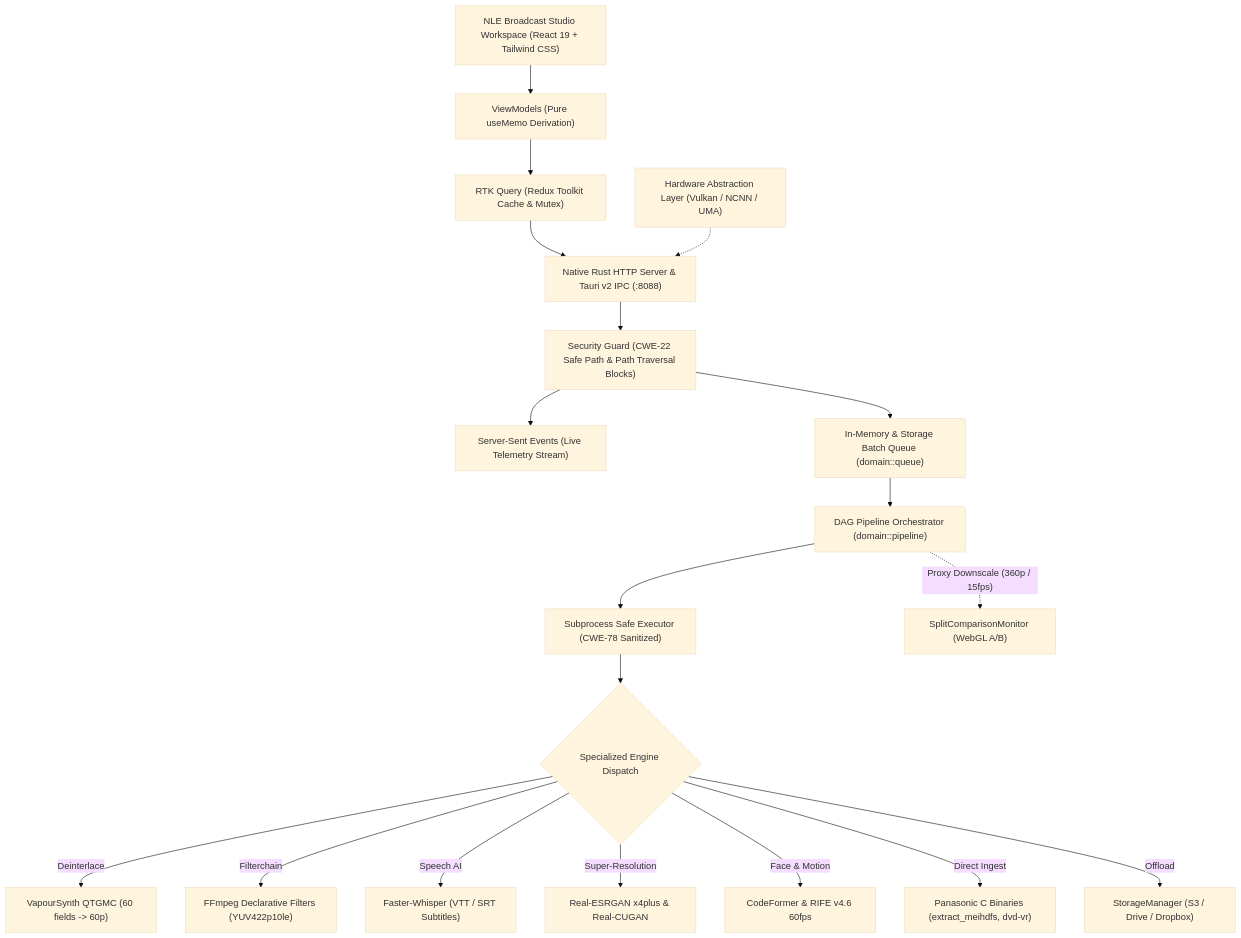
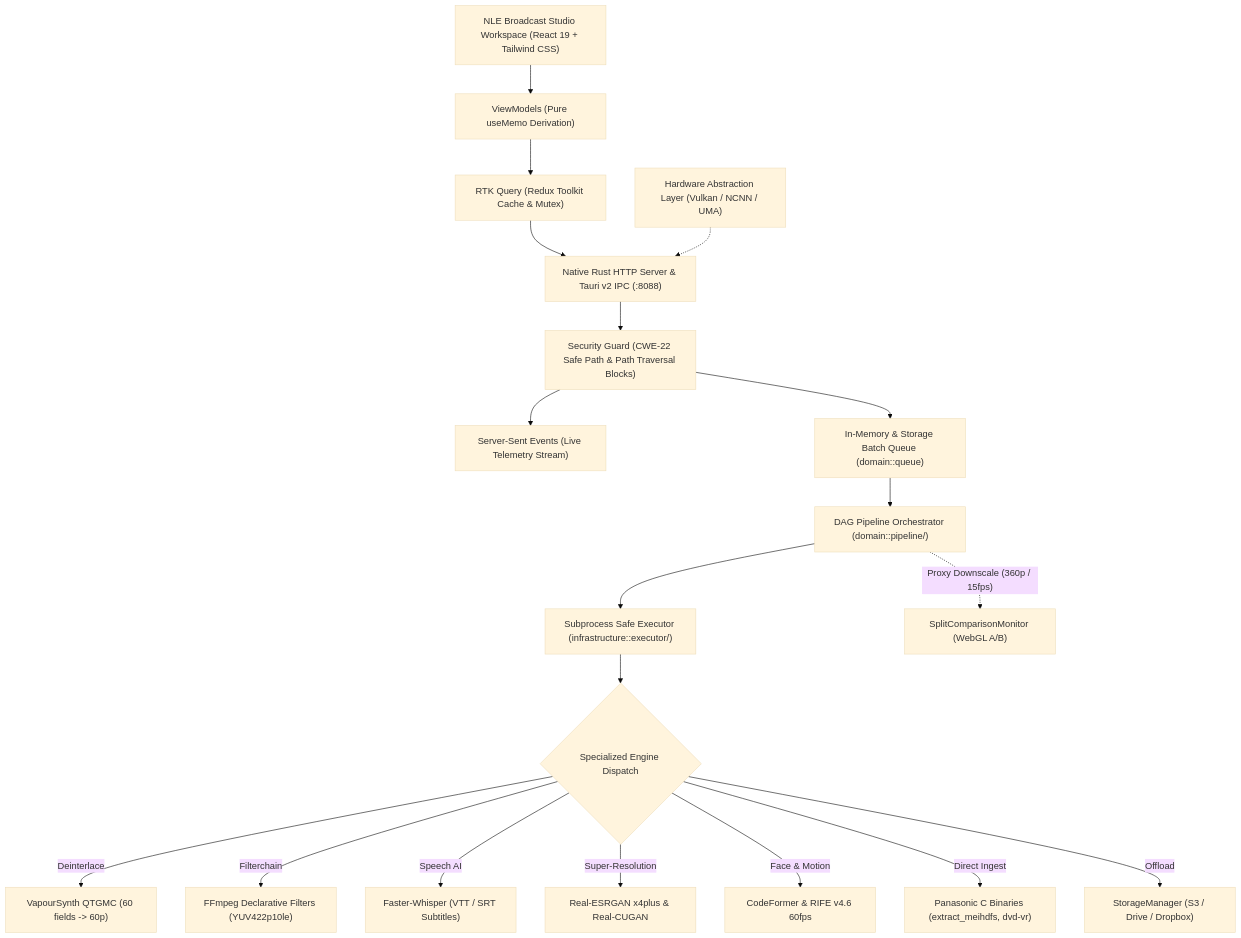
Before and after one commit to orgchrono/vhs-capture-scripts: the first of 3 diagrams in README.md, drawn with Mermaid (base theme). The commit also changed other lines of this file and 118 other files, not shown here.

Commit message:
feat: initialize core backend architecture and frontend UI components for VHS capture and restoration suite

````diff
--- a/README.md
+++ b/README.md
@@ -59,27 +59,27 @@
 ```mermaid
 flowchart TD
     UI["NLE Broadcast Studio Workspace (React 19 + Tailwind CSS)"] --> VM["ViewModels (Pure useMemo Derivation)"]
     VM --> RTK["RTK Query (Redux Toolkit Cache & Mutex)"]
   
     RTK --> Server["Native Rust HTTP Server & Tauri v2 IPC (:8088)"]
     Server --> Security["Security Guard (CWE-22 Safe Path & Path Traversal Blocks)"]
   
     Security --> SSE["Server-Sent Events (Live Telemetry Stream)"]
     Security --> Queue["In-Memory & Storage Batch Queue (domain::queue)"]
   
-    Queue --> DAG["DAG Pipeline Orchestrator (domain::pipeline)"]
-    DAG --> ProcMgr["Subprocess Safe Executor (CWE-78 Sanitized)"]
+    Queue --> DAG["DAG Pipeline Orchestrator (domain::pipeline/)"]
+    DAG --> ProcMgr["Subprocess Safe Executor (infrastructure::executor/)"]
   
     ProcMgr --> Engines{"Specialized Engine Dispatch"}
   
     Engines -->|"Deinterlace"| VapourSynth["VapourSynth QTGMC (60 fields -> 60p)"]
     Engines -->|"Filterchain"| FFmpeg["FFmpeg Declarative Filters (YUV422p10le)"]
     Engines -->|"Speech AI"| Whisper["Faster-Whisper (VTT / SRT Subtitles)"]
     Engines -->|"Super-Resolution"| Neural["Real-ESRGAN x4plus & Real-CUGAN"]
     Engines -->|"Face & Motion"| PostAI["CodeFormer & RIFE v4.6 60fps"]
     Engines -->|"Direct Ingest"| NativeC["Panasonic C Binaries (extract_meihdfs, dvd-vr)"]
     Engines -->|"Offload"| Storage["StorageManager (S3 / Drive / Dropbox)"]
   
     HAL["Hardware Abstraction Layer (Vulkan / NCNN / UMA)"] -.-> Server
     DAG -. "Proxy Downscale (360p / 15fps)" .-> ABMonitor["SplitComparisonMonitor (WebGL A/B)"]
 ```
````
